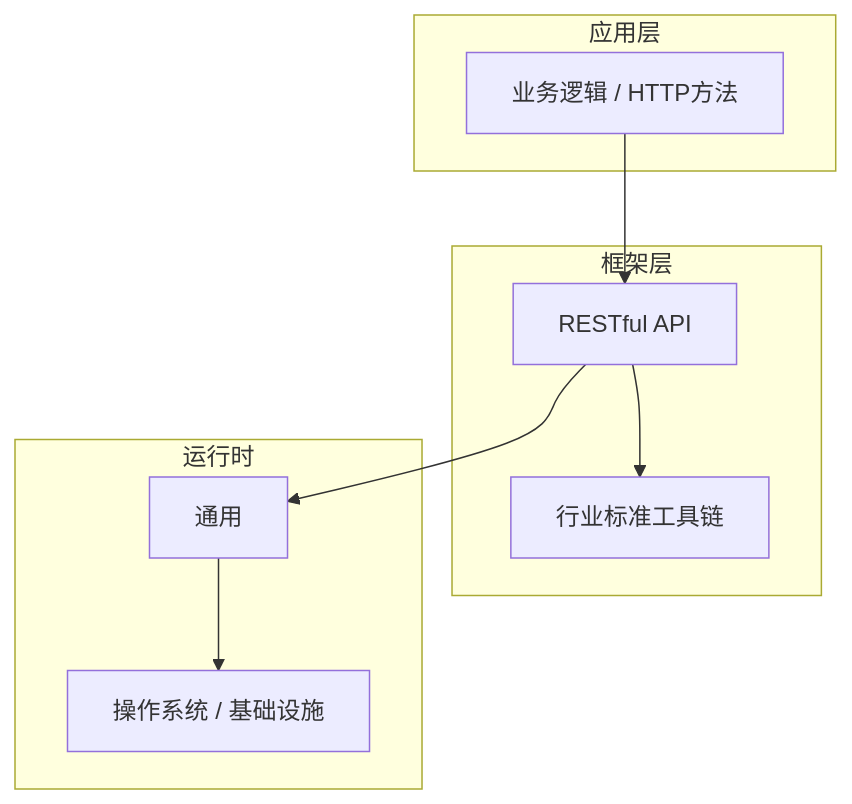
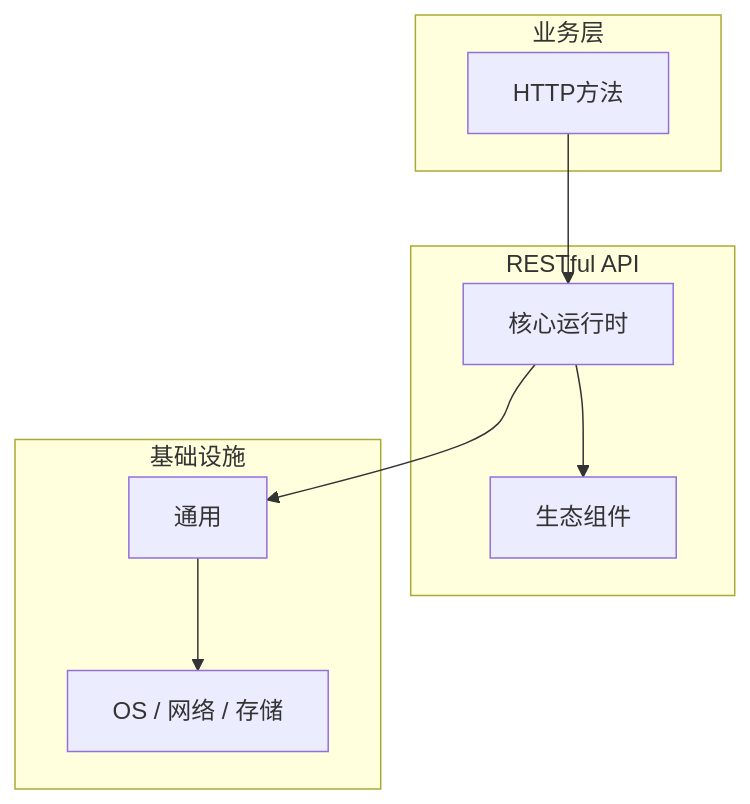
Before and after one commit to yanggan2015/knowledge-json-v2: the diagram in articles/RESTful API/chapters/013-HTTP方法核心概念与原理.md, drawn with Mermaid. The commit also changed other lines of this file and 10127 other files, not shown here.

````diff
--- a/articles/RESTful API/chapters/013-HTTP方法核心概念与原理.md
+++ b/articles/RESTful API/chapters/013-HTTP方法核心概念与原理.md
@@ -45,18 +34,18 @@
 ```mermaid
 graph TB
-    subgraph 应用层
-        A[业务逻辑 / HTTP方法]
+    subgraph 业务层
+        A[HTTP方法]
     end
-    subgraph 框架层
-        B[RESTful API]
-        C[行业标准工具链]
+    subgraph RESTful API
+        B[核心运行时]
+        C[生态组件]
     end
-    subgraph 运行时
+    subgraph 基础设施
         D[通用]
-        E[操作系统 / 基础设施]
+        E[OS / 网络 / 存储]
     end
     A --> B
     B --> C
     B --> D
     D --> E
 ```
````
